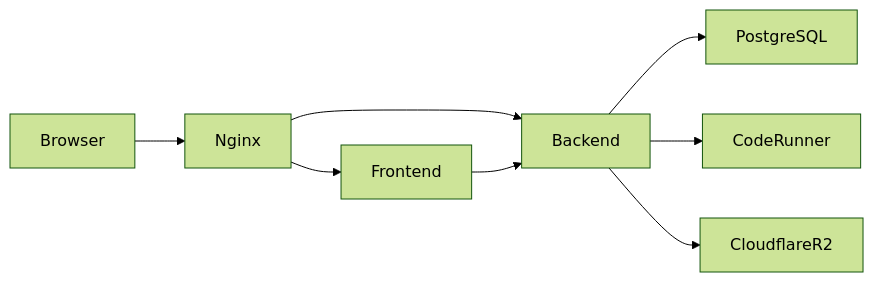
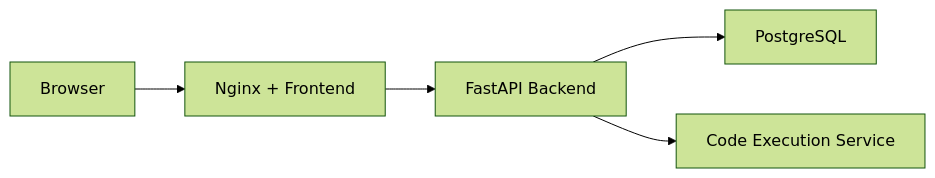
The diagram in README.md (yousri-meftah/CodeMaster), drawn with Mermaid (forest theme) before and after one commit. The commit also changed other lines of this file, not shown here.

````diff
--- a/README.md
+++ b/README.md
@@ -36,10 +59,7 @@
 ```mermaid
 flowchart LR
-    Browser --> Nginx
-    Nginx --> Frontend
-    Nginx --> Backend
-    Frontend --> Backend
-    Backend --> PostgreSQL
-    Backend --> CodeRunner
-    Backend --> CloudflareR2
+    Browser["Browser"] --> Web["Nginx + Frontend"]
+    Web --> API["FastAPI Backend"]
+    API --> DB["PostgreSQL"]
+    API --> Runner["Code Execution Service"]
 ```
````
